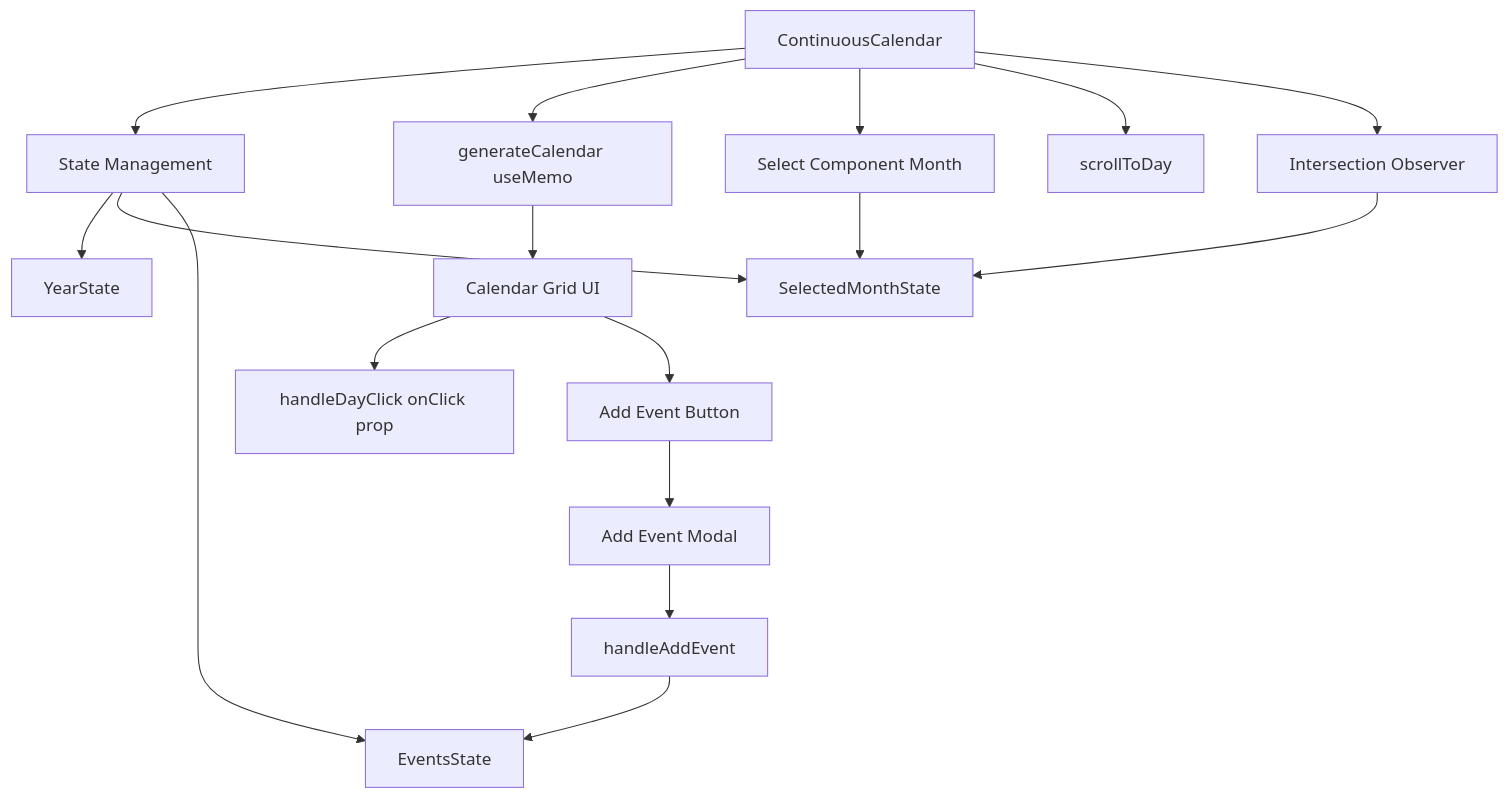
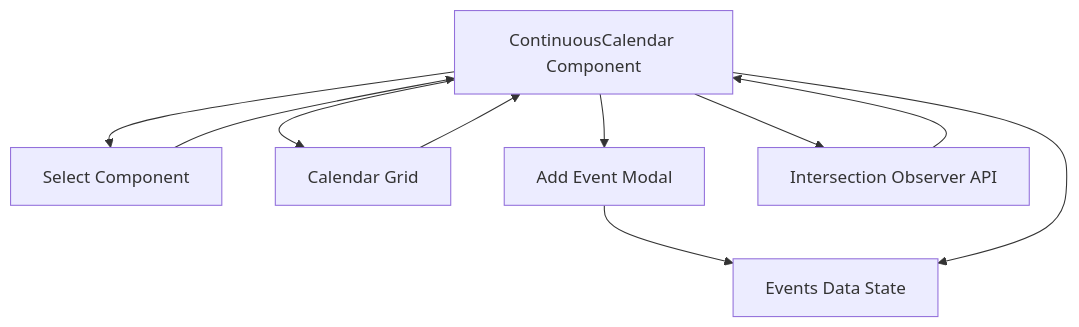
The diagram in docs/grms-frontend/src/components/Calendar/Calendar.tsx.md (test-company-prowiz/Easy-Repo), drawn with Mermaid before and after one commit. The commit also changed other lines of this file and 1 other file, not shown here.

````diff
--- a/docs/grms-frontend/src/components/Calendar/Calendar.tsx.md
+++ b/docs/grms-frontend/src/components/Calendar/Calendar.tsx.md
@@ -55,23 +60,12 @@
 ```mermaid
 graph TD
-ContinuousCalendar[ContinuousCalendar] --> StateManagement[State Management]
-StateManagement --> Year[YearState]
-StateManagement --> SelectedMonth[SelectedMonthState]
-StateManagement --> Events[EventsState]
-
-ContinuousCalendar --> GenerateCalendar[generateCalendar useMemo]
-GenerateCalendar --> CalendarGrid[Calendar Grid UI]
-
-ContinuousCalendar --> SelectMonthComponent[Select Component Month]
-SelectMonthComponent --> SelectedMonth
-
-CalendarGrid --> DayClick[handleDayClick onClick prop]
-CalendarGrid --> AddEventButton[Add Event Button]
-AddEventButton --> AddEventModal[Add Event Modal]
-AddEventModal --> HandleAddEvent[handleAddEvent]
-HandleAddEvent --> Events
-
-ContinuousCalendar --> ScrollLogic[scrollToDay]
-ContinuousCalendar --> IntersectionObserverLogic[Intersection Observer]
-IntersectionObserverLogic --> SelectedMonth
+ContinuousCalendar[ContinuousCalendar Component] --> SelectComponent[Select Component]
+ContinuousCalendar --> CalendarGrid[Calendar Grid]
+ContinuousCalendar --> AddEventModal[Add Event Modal]
+ContinuousCalendar --> IntersectionObserver[Intersection Observer API]
+AddEventModal --> EventsData[Events Data State]
+ContinuousCalendar --> EventsData
+IntersectionObserver --> ContinuousCalendar
+CalendarGrid --> ContinuousCalendar
+SelectComponent --> ContinuousCalendar
 ```
````
